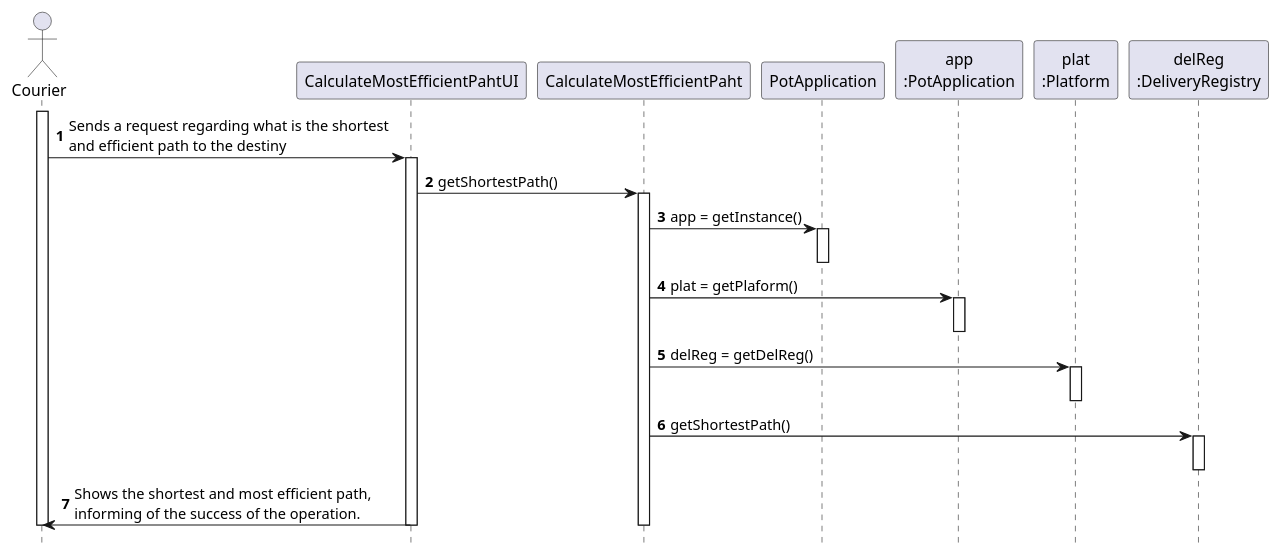
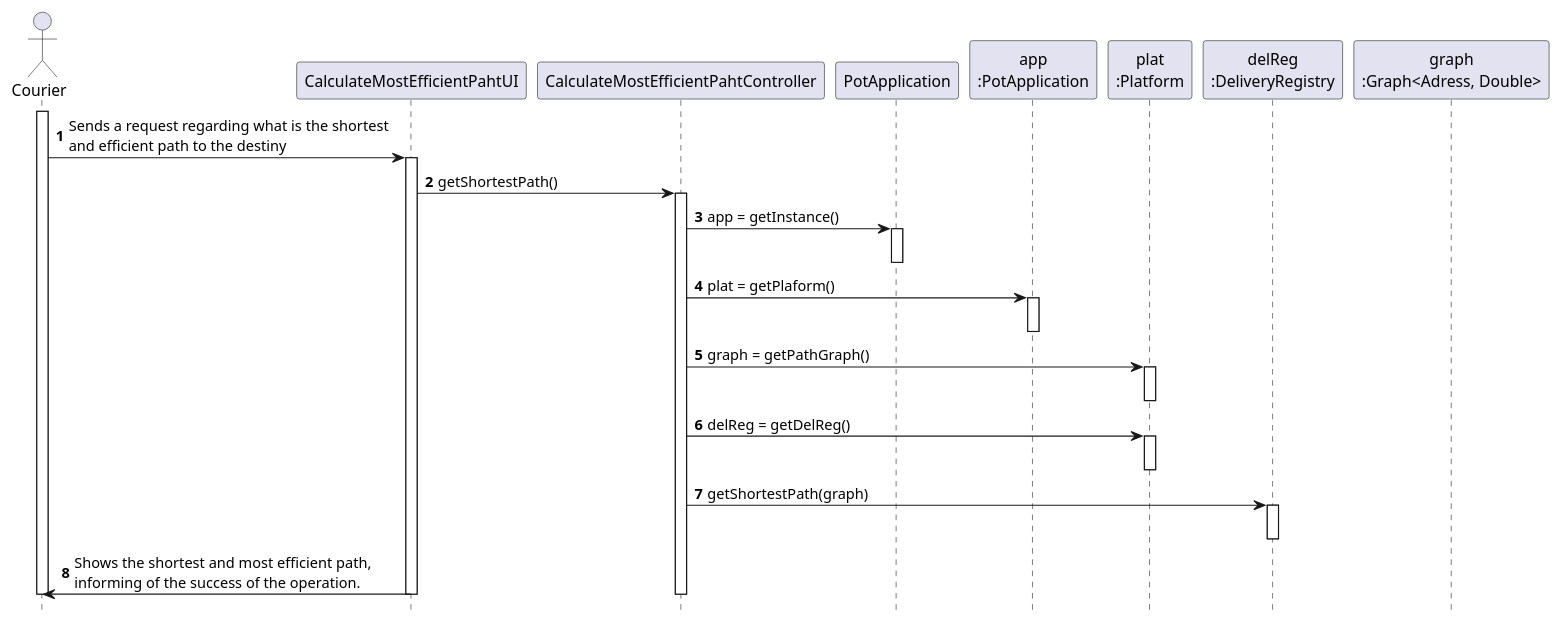
Before and after one commit to tiagoavcosta25/LAPR3: the diagram in docs/Iteration 1/Delivery Management/US23_CalculateMostEfficientPath/US23_SD.puml, drawn with PlantUML. The commit also changed 15 other files, not shown here.

Commit message:
LAPR2AP2-48 #fixing SD [Design] LAPR2AP2-23 #developing Creation of the classes needed for the path algorithm and import of the Graph classes.[Implementation]

```diff
--- a/docs/Iteration 1/Delivery Management/US23_CalculateMostEfficientPath/US23_SD.puml
+++ b/docs/Iteration 1/Delivery Management/US23_CalculateMostEfficientPath/US23_SD.puml
@@ -1,38 +1,42 @@
 @startuml
 autonumber
 hide footbox
 
 actor "Courier" as COUR
 
 participant "CalculateMostEfficientPahtUI" as UI
-participant "CalculateMostEfficientPaht" as CTRL
+participant "CalculateMostEfficientPahtController" as CTRL
 participant "PotApplication" as _APP
 participant "app\n:PotApplication" as APP
 participant "plat\n:Platform" as PLAT
 participant "delReg\n:DeliveryRegistry" as DELREG
+participant "graph\n:Graph<Adress, Double>" as GRAPH
 
 activate COUR
 
 COUR -> UI : Sends a request regarding what is the shortest \nand efficient path to the destiny
 activate UI
 UI -> CTRL : getShortestPath()
 activate CTRL
 CTRL -> _APP: app = getInstance()
 activate _APP
 deactivate _APP
 
 CTRL -> APP: plat = getPlaform()
 activate APP
 deactivate APP
+CTRL -> PLAT : graph = getPathGraph()
+activate PLAT
+deactivate PLAT
 CTRL -> PLAT : delReg = getDelReg()
 activate PLAT
 deactivate PLAT
-CTRL -> DELREG : getShortestPath()
+CTRL -> DELREG : getShortestPath(graph)
 activate DELREG
 deactivate DELREG
 UI -> COUR : Shows the shortest and most efficient path, \ninforming of the success of the operation.
 deactivate CTRL
 deactivate UI
 deactivate COUR
 
 @enduml
```
